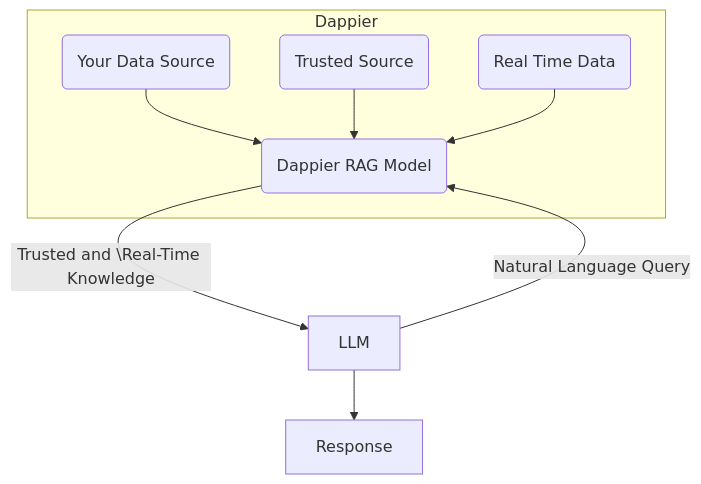
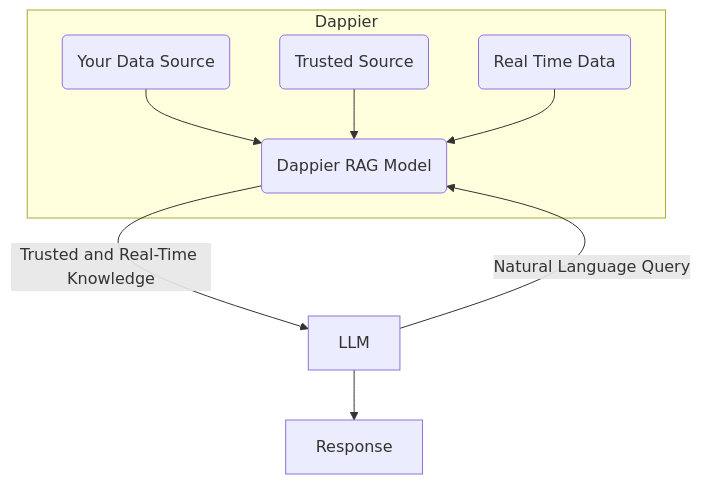
Before and after one commit to DappierAI/mintlify-docs: the diagram in rag-marketplace.mdx, drawn with Mermaid. The commit also changed 7 other files, not shown here.

````diff
--- a/rag-marketplace.mdx
+++ b/rag-marketplace.mdx
@@ -21,11 +21,11 @@
 ```mermaid
 flowchart TB
     subgraph Dappier
         A2(Your Data Source) --> A5(Dappier RAG Model)
         A3(Trusted Source) --> A5
         A4(Real Time Data) --> A5
     end
-    A5 -- Trusted and \Real-Time Knowledge --> LLM
+    A5 -- Trusted and Real-Time Knowledge --> LLM
     LLM -- Natural Language Query --> A5
     LLM --> Response[Response]
 ```
````
